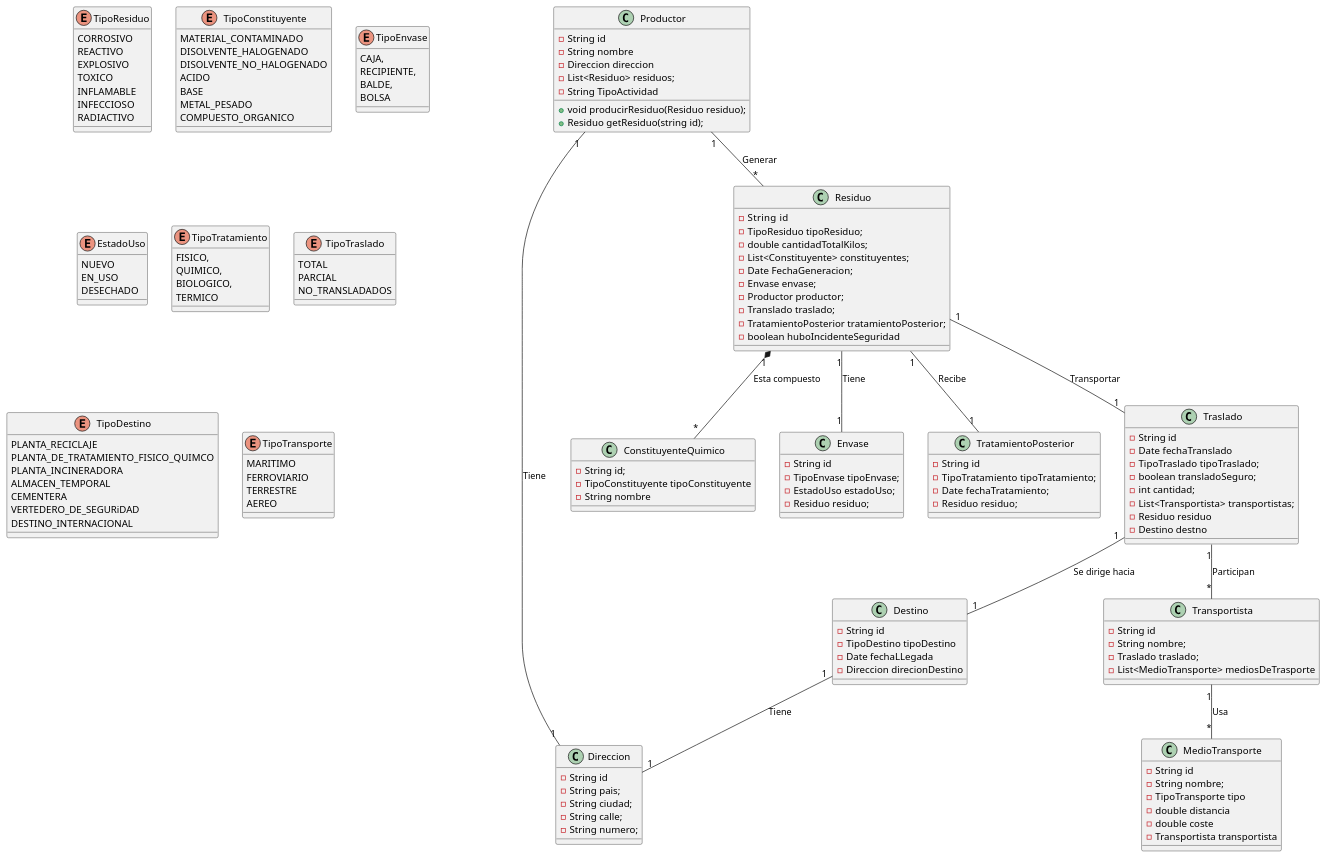
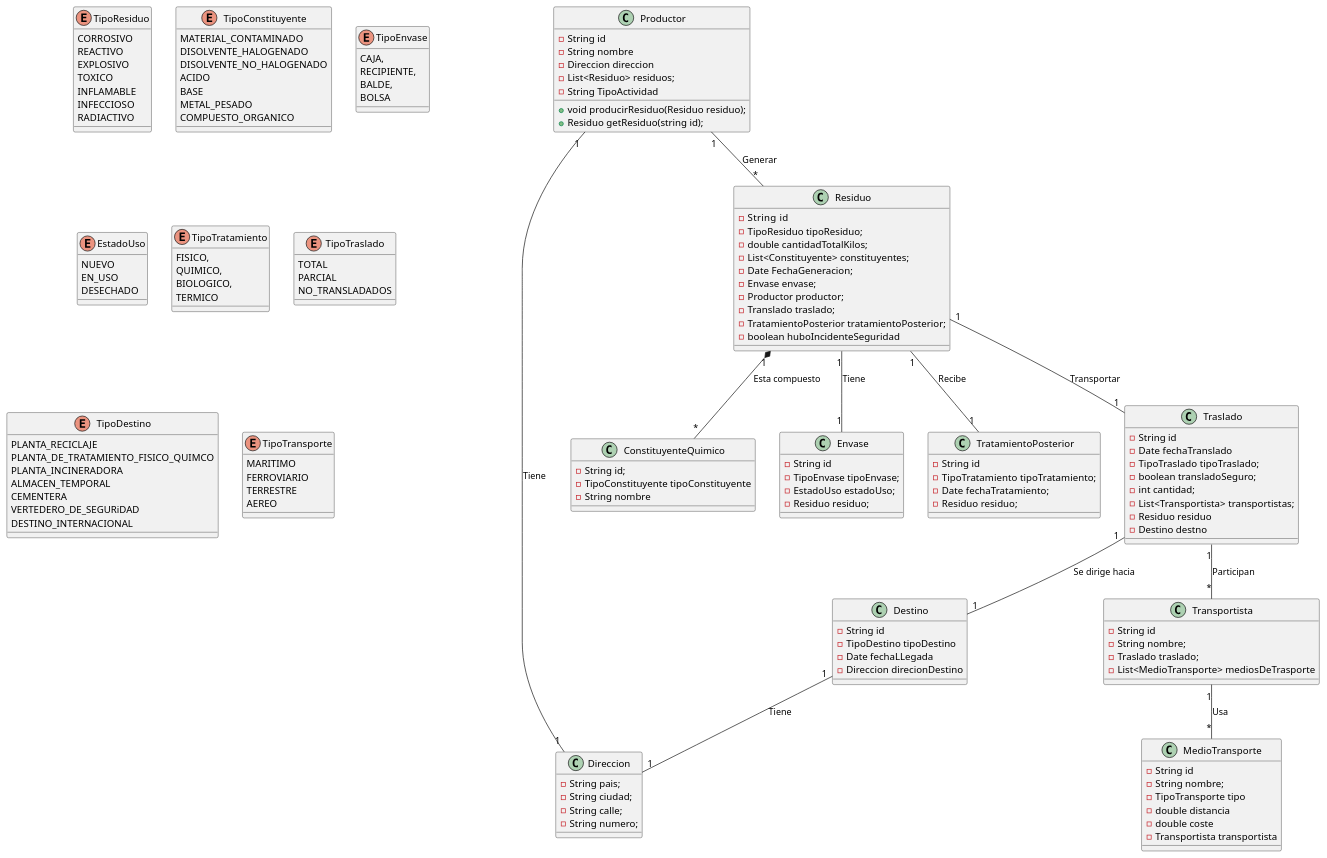
The diagram in src/jdesechosfabrica/Documentacion/Diagrama_de_clases_conceptual.puml (Blackaringo/JDesechosFabrica), drawn with PlantUML before and after one commit. The commit also changed 10 other files, not shown here.

```diff
--- a/src/jdesechosfabrica/Documentacion/Diagrama_de_clases_conceptual.puml
+++ b/src/jdesechosfabrica/Documentacion/Diagrama_de_clases_conceptual.puml
@@ -1,161 +1,160 @@
 @startuml
 class Productor{
     - String id
     - String nombre
     - Direccion direccion
     - List<Residuo> residuos;
     - String TipoActividad
     
     + void producirResiduo(Residuo residuo);
     + Residuo getResiduo(string id); 
 }
 
 class Direccion{
-    - String id
     - String pais;
     - String ciudad;
     - String calle;
     - String numero;
 }
 
 enum TipoResiduo{
     CORROSIVO
     REACTIVO
     EXPLOSIVO
     TOXICO
     INFLAMABLE
     INFECCIOSO
     RADIACTIVO
 }
 
 class Residuo{
     - String  id
     - TipoResiduo tipoResiduo;
     - double cantidadTotalKilos;
     - List<Constituyente> constituyentes;
     - Date FechaGeneracion;
     - Envase envase;
     - Productor productor;
     - Translado traslado;
     - TratamientoPosterior tratamientoPosterior;
     - boolean huboIncidenteSeguridad
 }
 enum TipoConstituyente{
     MATERIAL_CONTAMINADO
     DISOLVENTE_HALOGENADO
     DISOLVENTE_NO_HALOGENADO
     ACIDO
     BASE
     METAL_PESADO
     COMPUESTO_ORGANICO
 }
 
 
 class ConstituyenteQuimico{
     - String id;
     - TipoConstituyente tipoConstituyente
     - String nombre
 }
 
 enum TipoEnvase{
     CAJA,
     RECIPIENTE,
     BALDE,
     BOLSA
 }
 
 enum EstadoUso{
     NUEVO
     EN_USO
     DESECHADO
 }
 
 class Envase{
     - String id
     - TipoEnvase tipoEnvase;
     - EstadoUso estadoUso;
     - Residuo residuo;
 }
 
 class Transportista{
     - String id
     - String nombre;
     - Traslado traslado;
     - List<MedioTransporte> mediosDeTrasporte
 }
 
 enum TipoTratamiento{
     FISICO,
     QUIMICO,
     BIOLOGICO,
     TERMICO
 }
 
 class TratamientoPosterior{
     - String id
     - TipoTratamiento tipoTratamiento;
     - Date fechaTratamiento;
     - Residuo residuo;
 }
 
 enum TipoTraslado{
 TOTAL
 PARCIAL
 NO_TRANSLADADOS
 }
 
 class Traslado{
     - String id
     - Date fechaTranslado
     - TipoTraslado tipoTraslado;
     - boolean transladoSeguro;
     - int cantidad;
     - List<Transportista> transportistas;
     - Residuo residuo
     - Destino destno
 }
 
 enum TipoDestino {
   PLANTA_RECICLAJE
   PLANTA_DE_TRATAMIENTO_FISICO_QUIMCO
   PLANTA_INCINERADORA
   ALMACEN_TEMPORAL
   CEMENTERA
   VERTEDERO_DE_SEGURiDAD
   DESTINO_INTERNACIONAL
 }
 
 class Destino{
     - String id
     - TipoDestino tipoDestino
     - Date fechaLLegada
     - Direccion direcionDestino
 }
 
 enum TipoTransporte {
     MARITIMO
     FERROVIARIO
     TERRESTRE
     AEREO
 }
 
 class MedioTransporte{
     - String id
     - String nombre;
     - TipoTransporte tipo
     - double distancia
     - double coste 
     - Transportista transportista
 }
 
 Productor "1" -- "*" Residuo : Generar
 Residuo "1" -- "1" Traslado : Transportar
 Traslado "1" -- "*" Transportista : Participan
 Transportista "1" -- "*" MedioTransporte : Usa
 Residuo "1"  *-- "*" ConstituyenteQuimico : Esta compuesto
 Residuo "1" -- "1" Envase : Tiene
 Residuo "1" -- "1" TratamientoPosterior : Recibe 
 Productor "1" -- "1" Direccion : Tiene 
 Traslado "1" -- "1" Destino : Se dirige hacia
 Destino "1" -- "1" Direccion : Tiene
 @enduml
```
